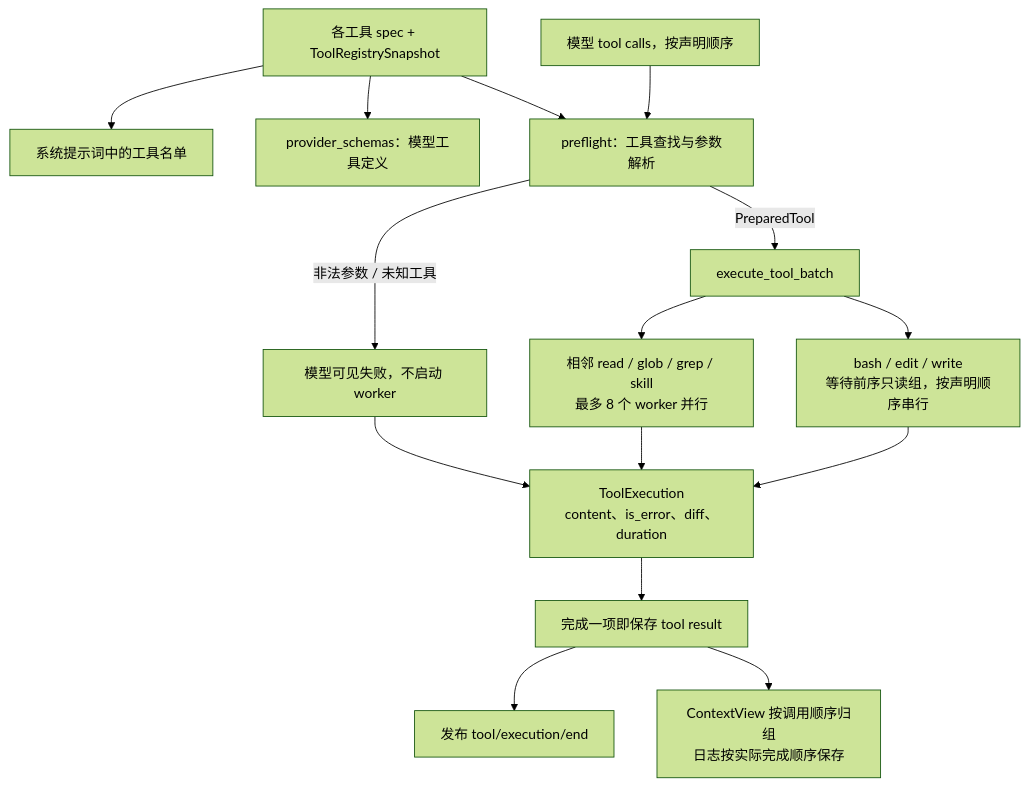
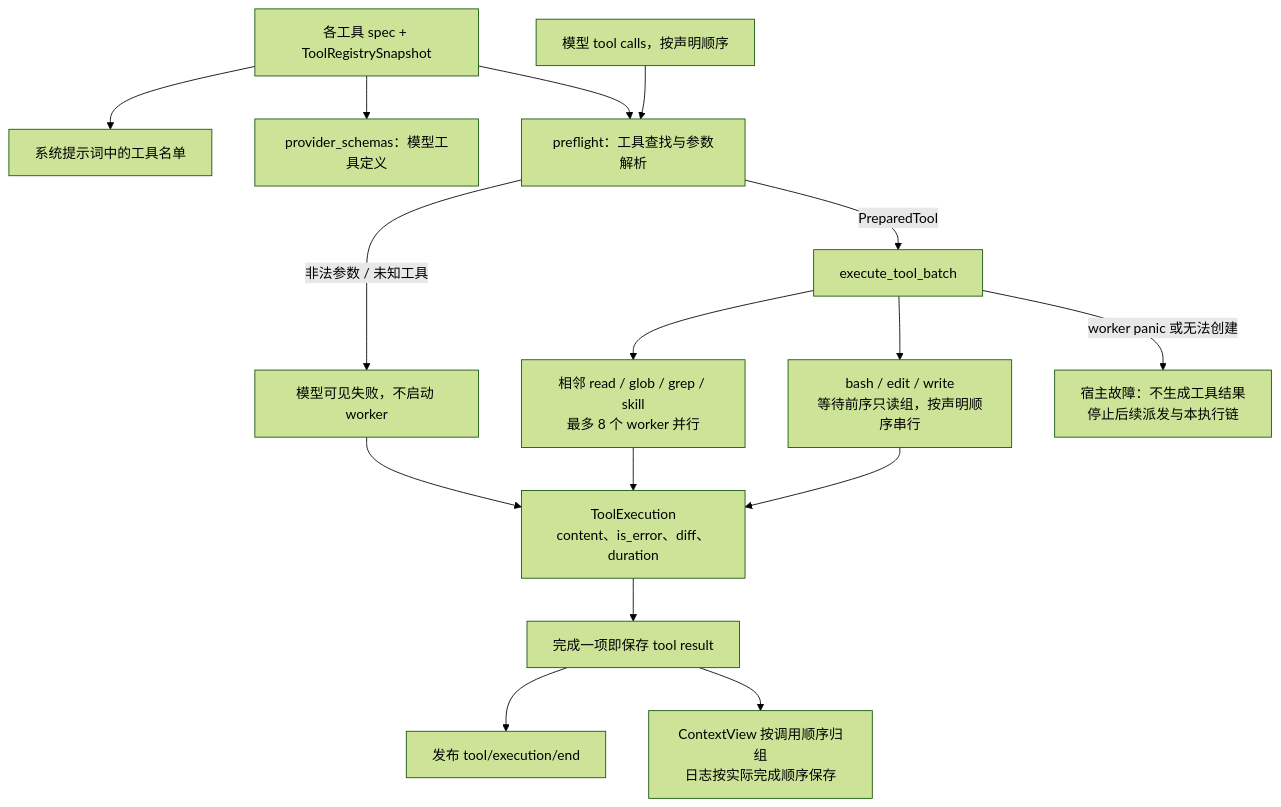
One commit to qjcnmd/singularity-agent changed diagram 24 of 29 in docs/singularity.md. Above: the diagram before and after it, drawn with Mermaid (forest theme). The commit also changed other lines of this file and 52 other files, not shown here.

````diff
--- a/docs/singularity.md
+++ b/docs/singularity.md
@@ -651,17 +661,18 @@
 ```mermaid
 flowchart TB
     Specs["各工具 spec + ToolRegistrySnapshot"] --> Prompt["系统提示词中的工具名单"]
     Specs --> Schema["provider_schemas：模型工具定义"]
     Calls["模型 tool calls，按声明顺序"] --> Preflight["preflight：工具查找与参数解析"]
     Specs --> Preflight
     Preflight -->|"非法参数 / 未知工具"| Rejected["模型可见失败，不启动 worker"]
     Preflight -->|"PreparedTool"| Batch["execute_tool_batch"]
     Batch --> ReadOnly["相邻 read / glob / grep / skill<br/>最多 8 个 worker 并行"]
     Batch --> Barrier["bash / edit / write<br/>等待前序只读组，按声明顺序串行"]
+    Batch -->|"worker panic 或无法创建"| HostFatal["宿主故障：不生成工具结果<br/>停止后续派发与本执行链"]
     ReadOnly --> Result["ToolExecution<br/>content、is_error、diff、duration"]
     Barrier --> Result
     Rejected --> Result
     Result --> Persist["完成一项即保存 tool result"]
     Persist --> Event["发布 tool/execution/end"]
     Persist --> ModelOrder["ContextView 按调用顺序归组<br/>日志按实际完成顺序保存"]
 ```
````
